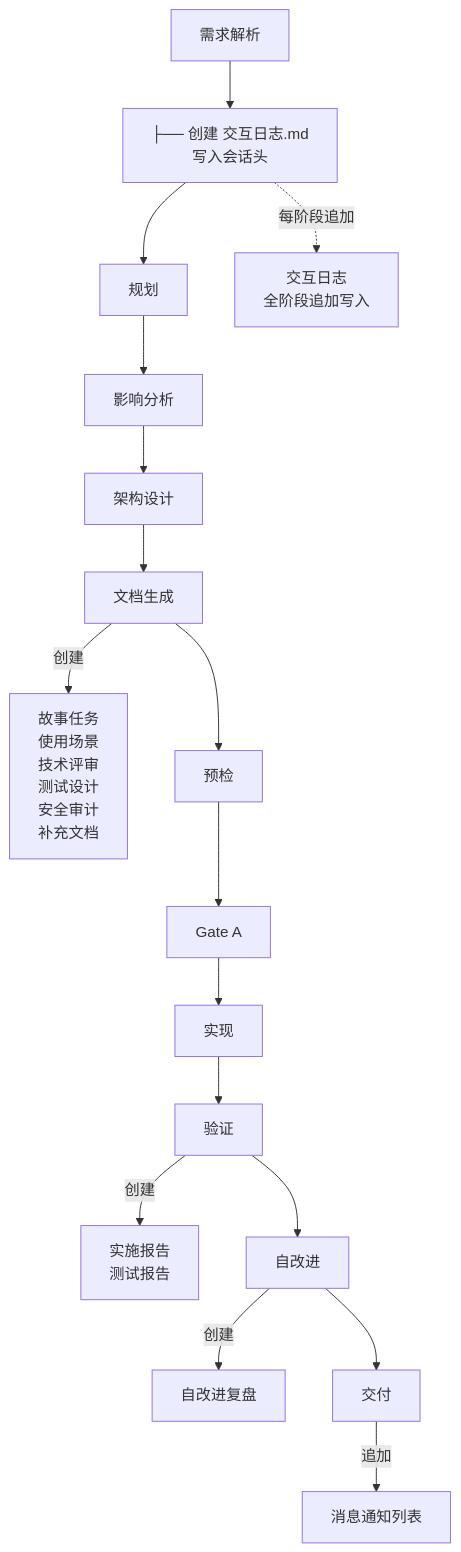
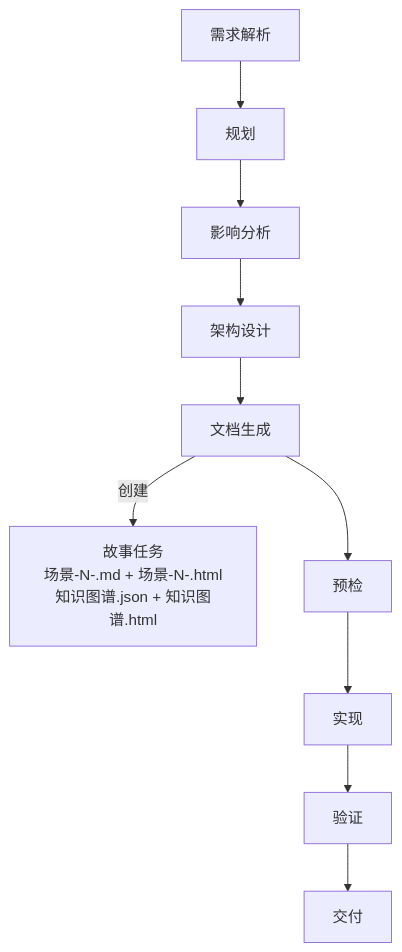
Before and after one commit to effiy/YrY: the second of 5 diagrams in skills/rui/coder.md, drawn with Mermaid. The commit also changed other lines of this file and 37 other files, not shown here.

````diff
--- a/skills/rui/coder.md
+++ b/skills/rui/coder.md
@@ -70,20 +77,13 @@
 ```mermaid
 flowchart TB
-    A["需求解析"]:::phase --> A1["├── 创建 交互日志.md<br/>写入会话头"]:::log
-    A1 --> B["规划"]:::phase
+    A["需求解析"]:::phase --> B["规划"]:::phase
     B --> C["影响分析"]:::phase
     C --> D["架构设计"]:::phase
     D --> E["文档生成"]:::phase
-    E -->|"创建"| E1["故事任务<br/>使用场景<br/>技术评审<br/>测试设计<br/>安全审计<br/>补充文档"]:::create
+    E -->|"创建"| E1["故事任务<br/>场景-N-.md + 场景-N-.html<br/>知识图谱.json + 知识图谱.html"]:::create
     E --> F["预检"]:::phase
-    F --> G["Gate A"]:::gate
-    G --> H["实现"]:::phase
-    H --> I["验证"]:::phase
-    I -->|"创建"| I1["实施报告<br/>测试报告"]:::create
-    I --> J["自改进"]:::phase
-    J -->|"创建"| J1["自改进复盘"]:::create
-    J --> K["交付"]:::phase
-    K -->|"追加"| K1["消息通知列表"]:::create
-    A1 -.->|"每阶段追加"| A2["交互日志<br/>全阶段追加写入"]:::log
+    F --> G["实现"]:::phase
+    G --> H["验证"]:::phase
+    H --> I["交付"]:::phase
 
 ```
````
